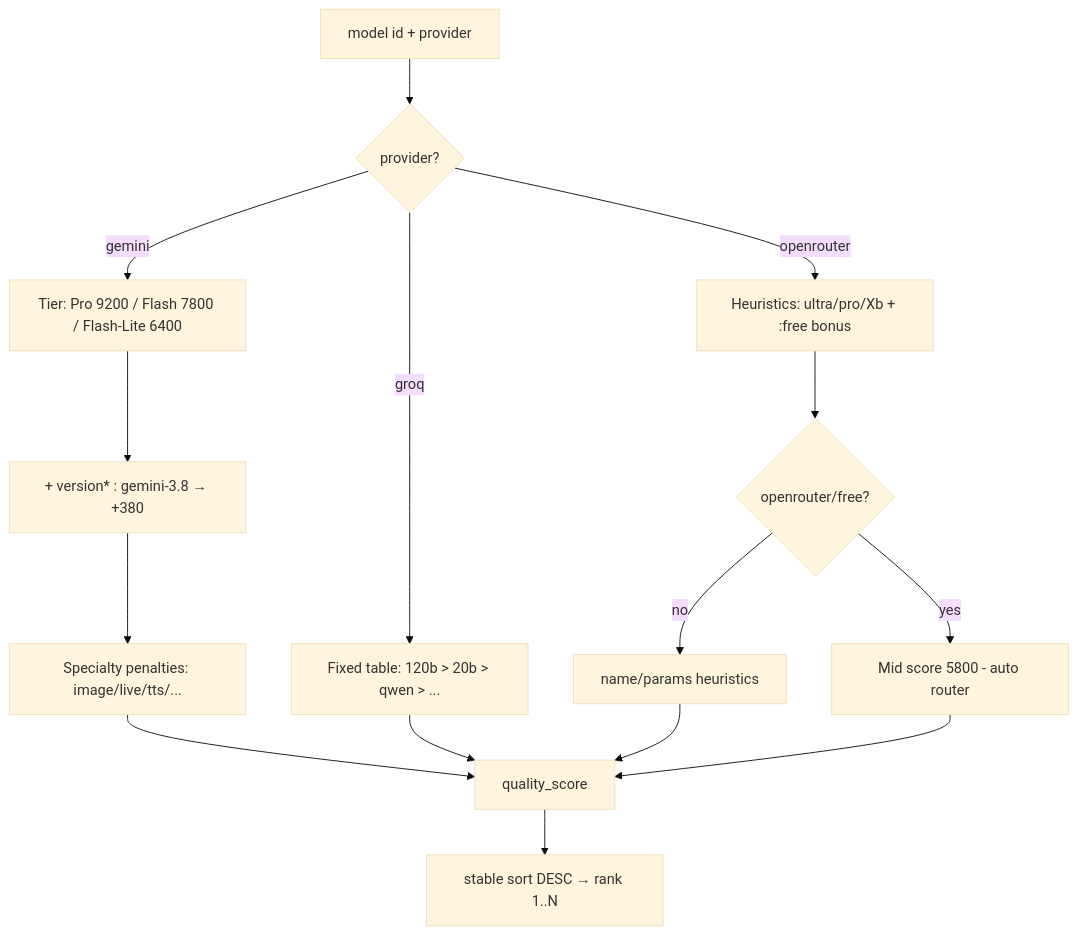
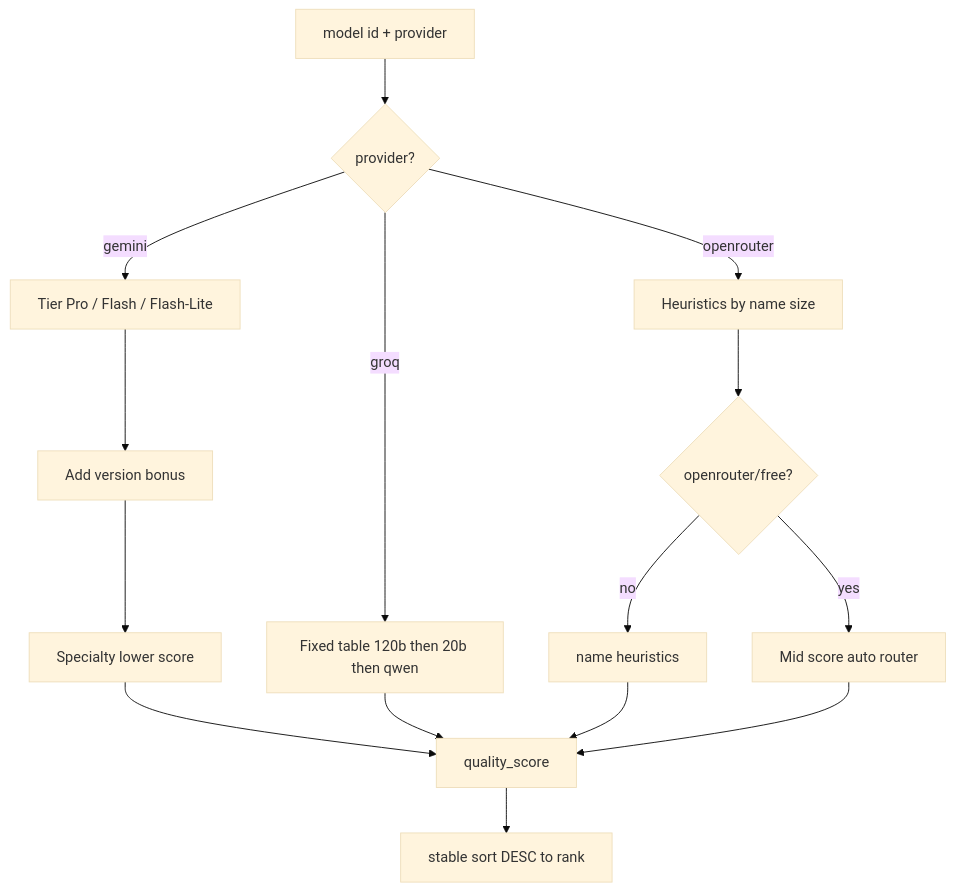
Before and after one commit to DaniilPodruchnyMgtuIu6/llm-proxy: the fifth of 10 diagrams in docs/architecture.md, drawn with Mermaid (base theme). The commit also changed other lines of this file and 4 other files, not shown here.

Commit message:
Add Mermaid architecture viewer at /architecture.

````diff
--- a/docs/architecture.md
+++ b/docs/architecture.md
@@ -119,17 +123,17 @@
 ```mermaid
 flowchart TD
   A[model id + provider] --> B{provider?}
-  B -->|gemini| G[Tier: Pro 9200 / Flash 7800 / Flash-Lite 6400]
-  G --> GV[+ version* : gemini-3.8 → +380]
-  GV --> GS[Specialty penalties: image/live/tts/...]
-  B -->|groq| Q[Fixed table: 120b > 20b > qwen > ...]
-  B -->|openrouter| O[Heuristics: ultra/pro/Xb + :free bonus]
+  B -->|gemini| G[Tier Pro / Flash / Flash-Lite]
+  G --> GV[Add version bonus]
+  GV --> GS[Specialty lower score]
+  B -->|groq| Q[Fixed table 120b then 20b then qwen]
+  B -->|openrouter| O[Heuristics by name size]
   O --> OR{openrouter/free?}
-  OR -->|yes| M[Mid score 5800 - auto router]
-  OR -->|no| H[name/params heuristics]
+  OR -->|yes| M[Mid score auto router]
+  OR -->|no| H[name heuristics]
   GS --> OUT[quality_score]
   Q --> OUT
   H --> OUT
   M --> OUT
-  OUT --> SORT[stable sort DESC → rank 1..N]
+  OUT --> SORT[stable sort DESC to rank]
 ```
````
